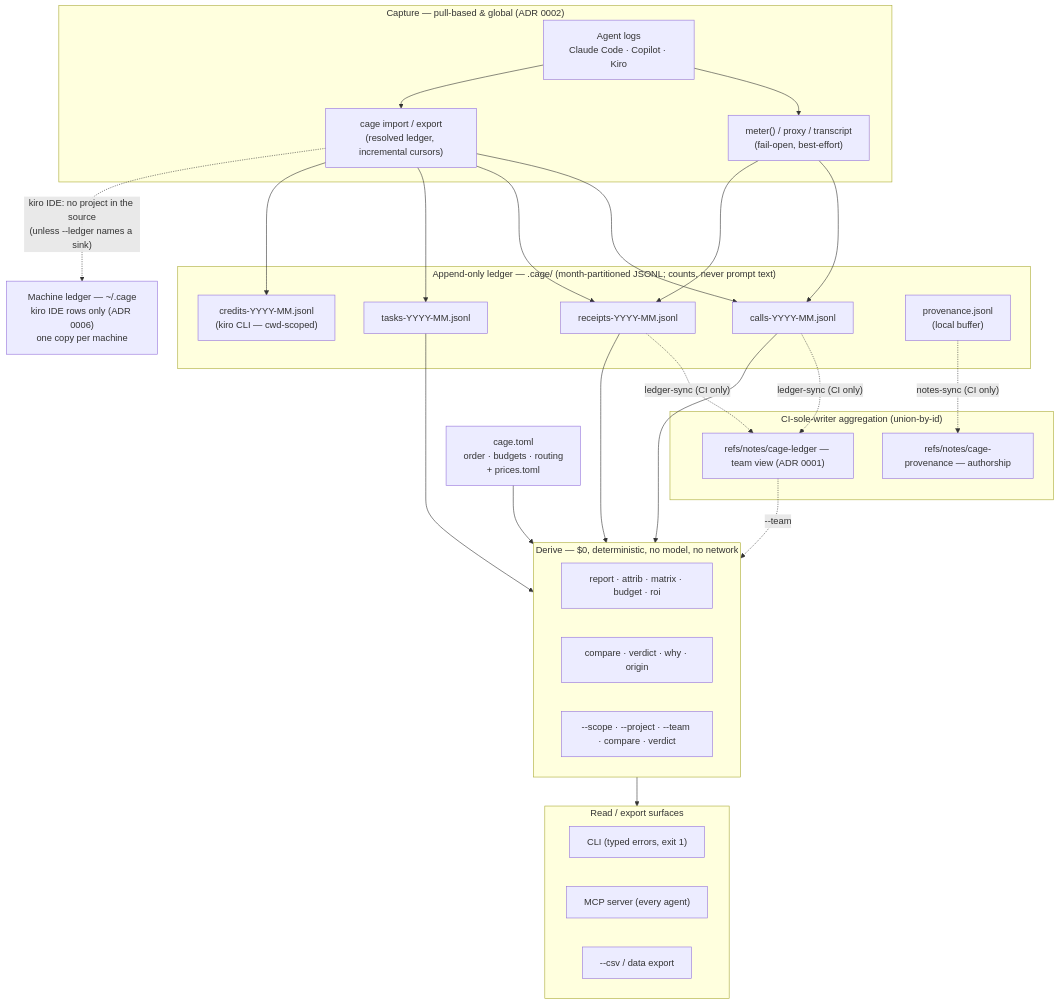
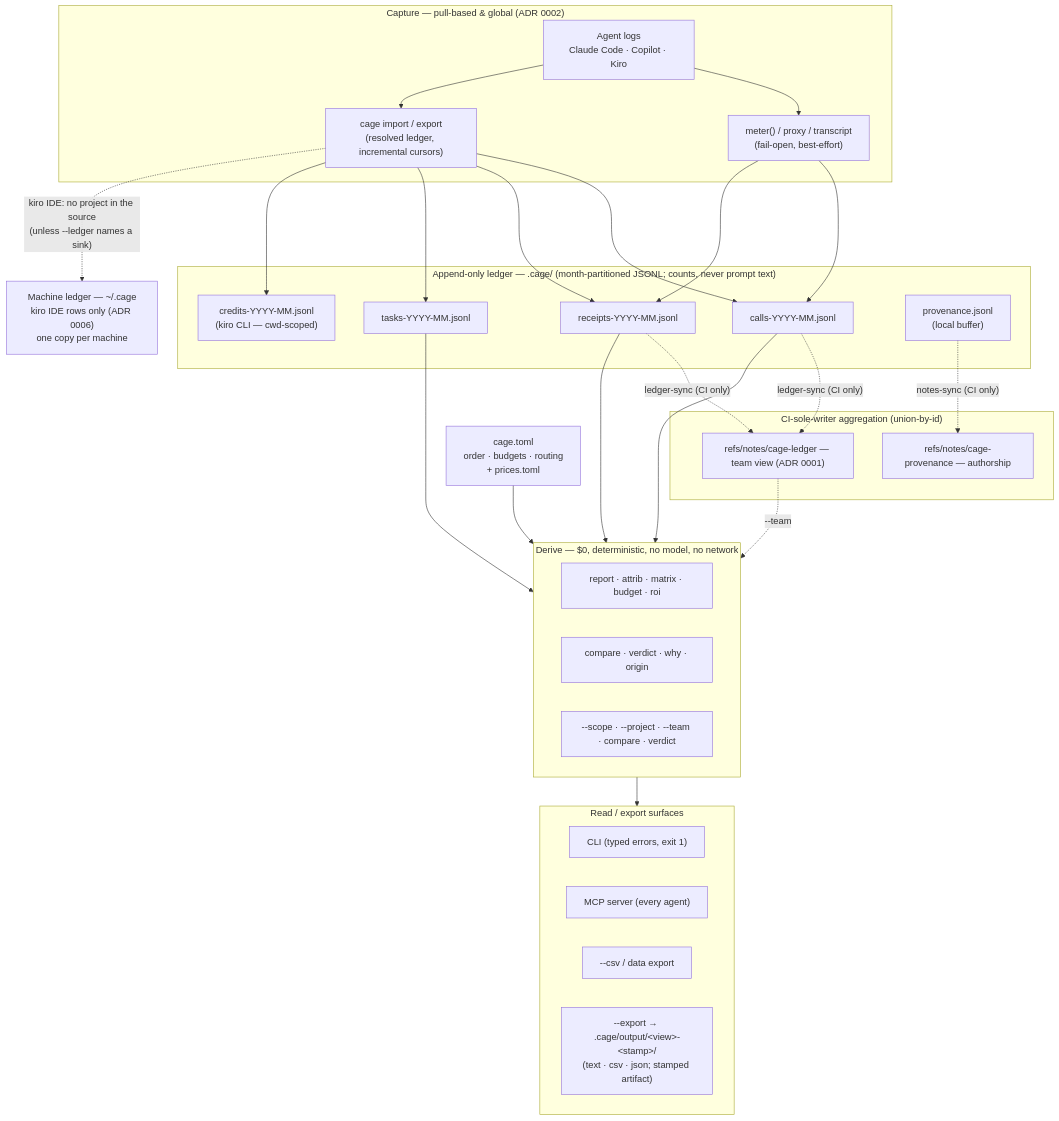
Before and after one commit to arpitarya/cage: the diagram in docs/architecture-flow.mermaid, drawn with Mermaid. The commit also changed 28 other files, not shown here.

```diff
--- a/docs/architecture-flow.mermaid
+++ b/docs/architecture-flow.mermaid
@@ -1,60 +1,61 @@
 %% cage — the one-way data flow (capture → append-only ledger → deterministic derive → read/export)
 %% Maintained: update when a stage, sink, or read surface changes (see DOC-REGISTRY.md).
 %% Mirrors the Architecture section of CLAUDE.md and docs/cage-plan.md §3–§5.
 flowchart TD
     subgraph capture["Capture — pull-based & global (ADR 0002)"]
         agents["Agent logs<br/>Claude Code · Copilot · Kiro"]
         meter["meter() / proxy / transcript<br/>(fail-open, best-effort)"]
         imp["cage import / export<br/>(resolved ledger, incremental cursors)"]
         agents --> meter
         agents --> imp
     end
 
     subgraph ledger["Append-only ledger — .cage/ (month-partitioned JSONL; counts, never prompt text)"]
         calls["calls-YYYY-MM.jsonl"]
         receipts["receipts-YYYY-MM.jsonl"]
         tasks["tasks-YYYY-MM.jsonl"]
         credits["credits-YYYY-MM.jsonl<br/>(kiro CLI — cwd-scoped)"]
         prov["provenance.jsonl<br/>(local buffer)"]
     end
 
     machine["Machine ledger — ~/.cage<br/>kiro IDE rows only (ADR 0006)<br/>one copy per machine"]
 
     meter --> calls
     meter --> receipts
     imp --> calls
     imp --> receipts
     imp --> tasks
     imp --> credits
     imp -. "kiro IDE: no project in the source<br/>(unless --ledger names a sink)" .-> machine
 
     policy["cage.toml<br/>order · budgets · routing<br/>+ prices.toml"]
 
     subgraph derive["Derive — $0, deterministic, no model, no network"]
         d1["report · attrib · matrix · budget · roi"]
         d2["compare · verdict · why · origin"]
         d3["--scope · --project · --team · compare · verdict"]
     end
 
     calls --> derive
     receipts --> derive
     tasks --> derive
     policy --> derive
 
     subgraph read["Read / export surfaces"]
         cli["CLI (typed errors, exit 1)"]
         mcp["MCP server (every agent)"]
         csv["--csv / data export"]
+        art["--export → .cage/output/&lt;view&gt;-&lt;stamp&gt;/<br/>(text · csv · json; stamped artifact)"]
     end
 
     derive --> read
 
     subgraph ci["CI-sole-writer aggregation (union-by-id)"]
         nledger["refs/notes/cage-ledger — team view (ADR 0001)"]
         nprov["refs/notes/cage-provenance — authorship"]
     end
 
     calls -. ledger-sync (CI only) .-> nledger
     receipts -. ledger-sync (CI only) .-> nledger
     prov -. notes-sync (CI only) .-> nprov
     nledger -. --team .-> derive
```
